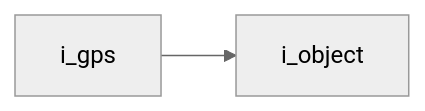
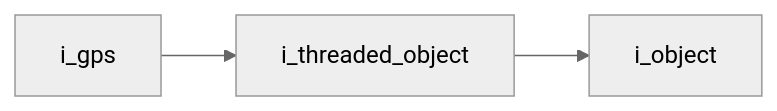
One commit to kasper-szczerba/acs_wiki changed the first of 2 diagrams in docs/codebase/namespaces/utility/interfaces/i_gps.md. Above: the diagram before and after it, drawn with Mermaid (neutral theme). The commit also changed other lines of this file and 34 other files, not shown here.

````diff
--- a/docs/codebase/namespaces/utility/interfaces/i_gps.md
+++ b/docs/codebase/namespaces/utility/interfaces/i_gps.md
@@ -15,5 +15,6 @@
 ```mermaid
 graph LR
     i_gps["i_gps"]
-    i_gps["i_gps"] --> i_object["i_object"]
+    i_gps["i_gps"] --> i_threaded_object["i_threaded_object"]
+    i_threaded_object["i_threaded_object"] --> i_object["i_object"]
 ```
````
